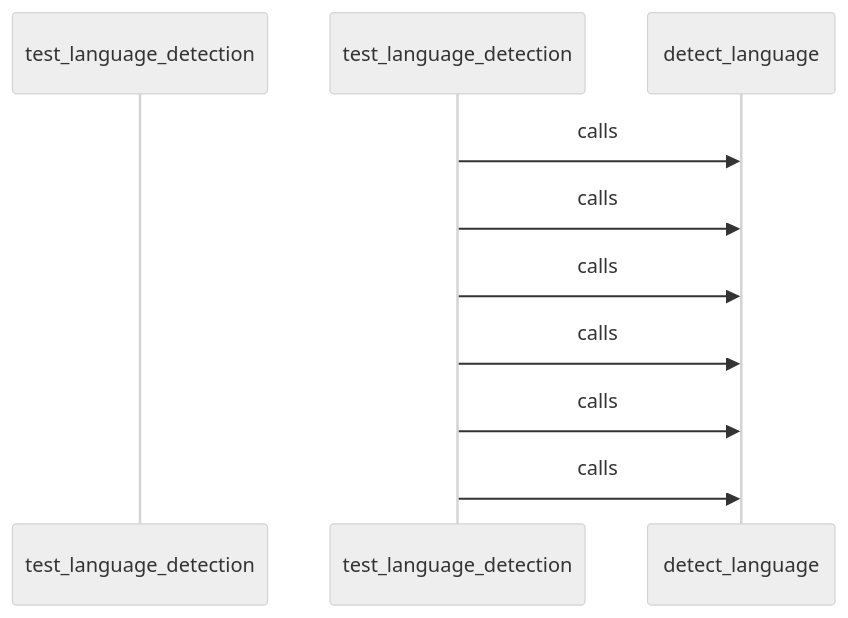
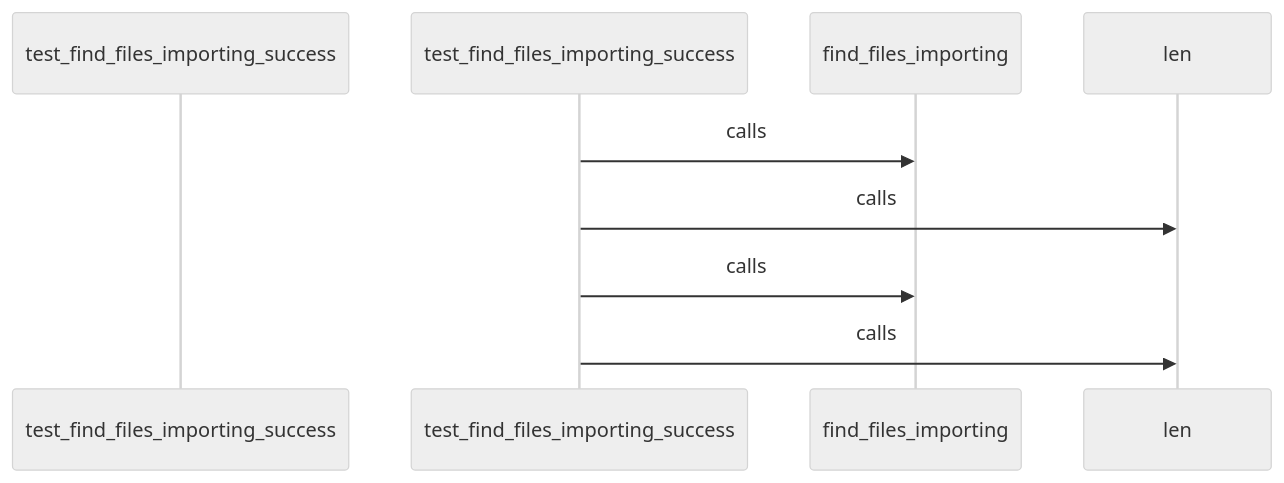
One commit to hazalkoom/DECODEx01 changed diagram 26 of 27 in docs/CALL_FLOW.md. Above: the diagram before and after it, drawn with Mermaid (neutral theme). The commit also changed other lines of this file and 8 other files, not shown here.

````diff
--- a/docs/CALL_FLOW.md
+++ b/docs/CALL_FLOW.md
@@ -1101,29 +975,21 @@
 ```mermaid
 sequenceDiagram
-    participant Start as test_language_detection
+    participant Start as test_find_files_importing_success
 
 
-    test_language_detection->>detect_language: calls
+    test_find_files_importing_success->>find_files_importing: calls
 
 
 
-    test_language_detection->>detect_language: calls
+    test_find_files_importing_success->>len: calls
 
 
 
-    test_language_detection->>detect_language: calls
+    test_find_files_importing_success->>find_files_importing: calls
 
 
 
-    test_language_detection->>detect_language: calls
-
-
-
-    test_language_detection->>detect_language: calls
-
-
-
-    test_language_detection->>detect_language: calls
+    test_find_files_importing_success->>len: calls
 
 
 ```
````
